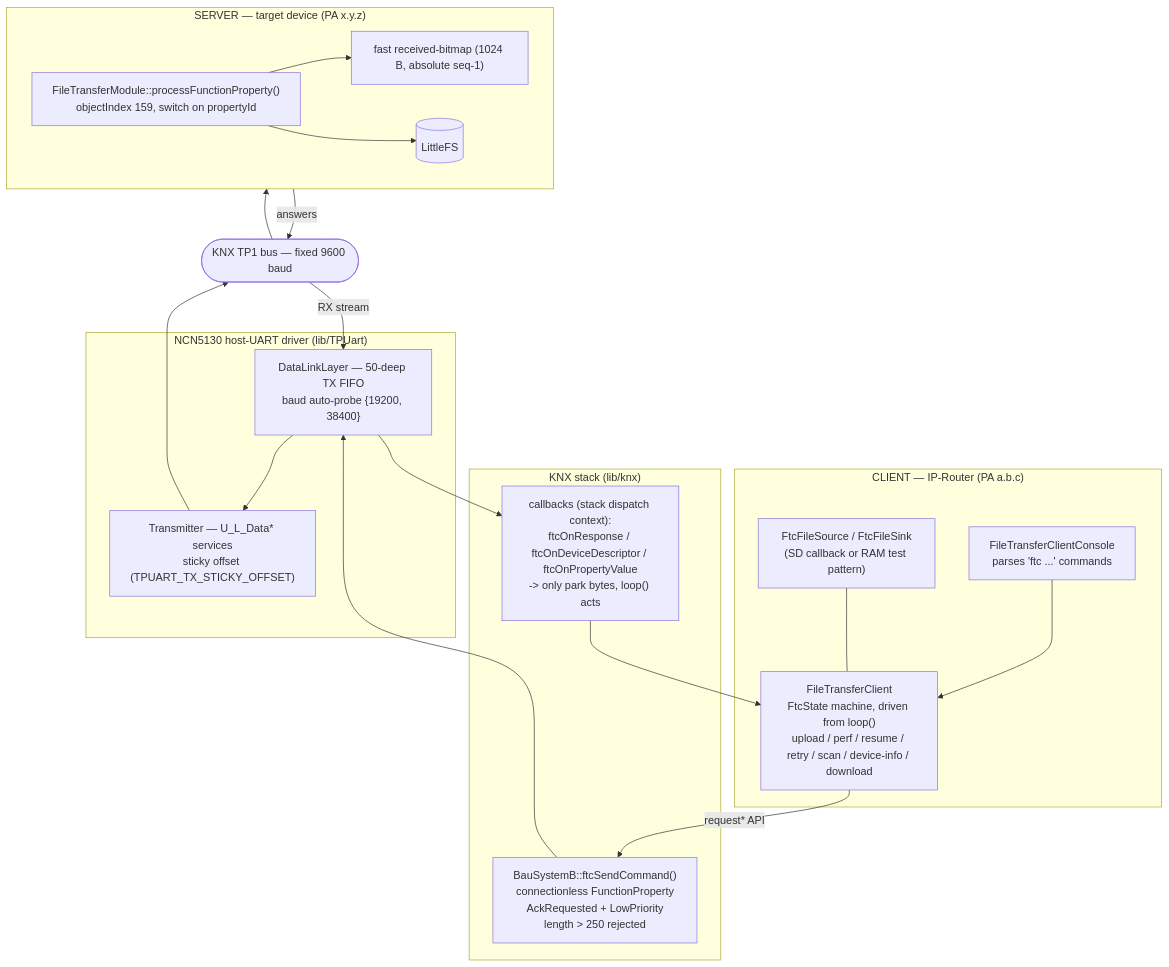
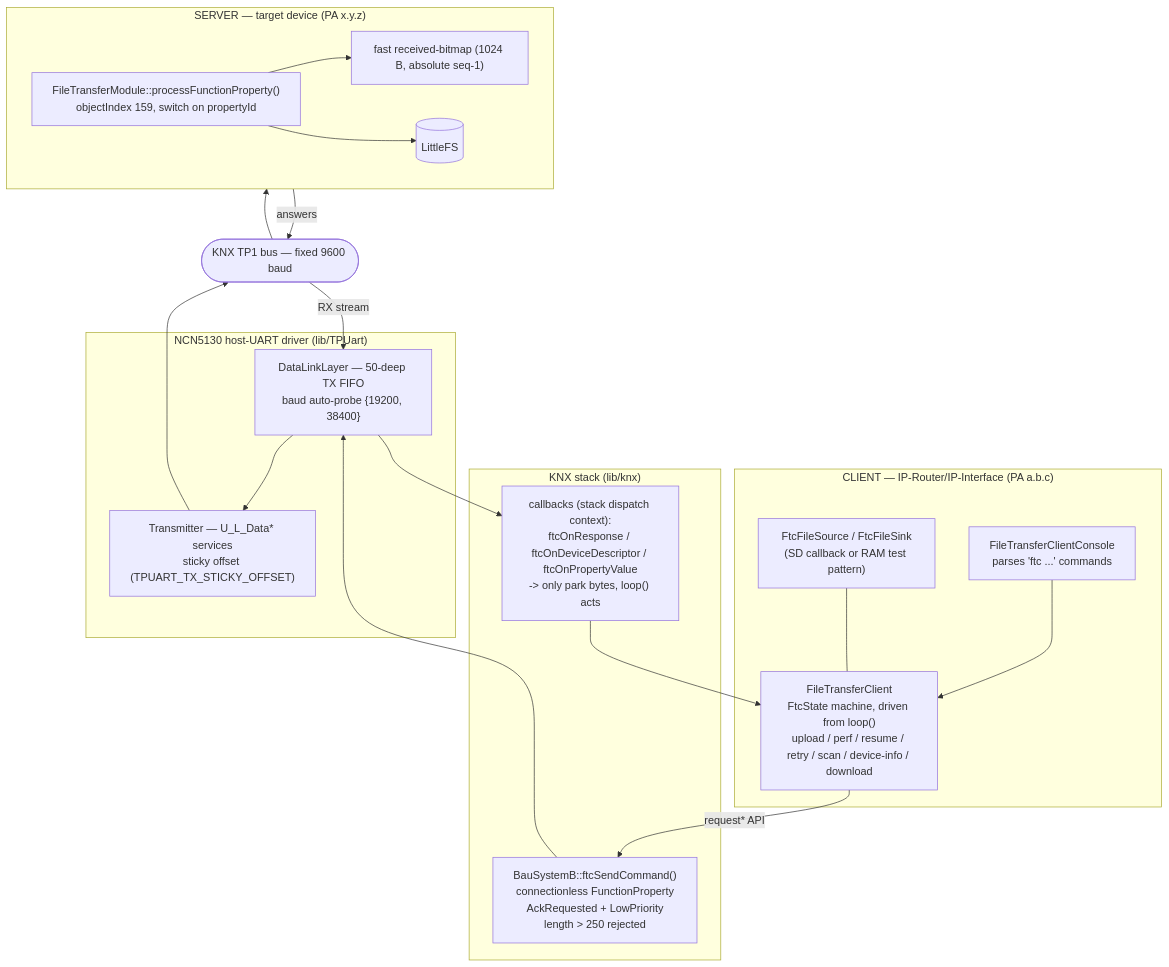
One commit to OpenKNX/OFM-FileTransferModule changed the first of 2 diagrams in README_FTC.md. Above: the diagram before and after it, drawn with Mermaid. The commit also changed other lines of this file, not shown here.

Commit message:
Update - Documentation for IP-Interface

````diff
--- a/README_FTC.md
+++ b/README_FTC.md
@@ -81,30 +81,30 @@
 ```mermaid
 flowchart TD
-    subgraph CLIENT["CLIENT — IP-Router (PA a.b.c)"]
+    subgraph CLIENT["CLIENT — IP-Router/IP-Interface (PA a.b.c)"]
         CON["FileTransferClientConsole<br/>parses 'ftc ...' commands"]
         FSM["FileTransferClient<br/>FtcState machine, driven from loop()<br/>upload / perf / resume / retry / scan / device-info / download"]
         SRC["FtcFileSource / FtcFileSink<br/>(SD callback or RAM test pattern)"]
         CON --> FSM
         SRC --- FSM
     end
     subgraph BAU["KNX stack (lib/knx)"]
         TX["BauSystemB::ftcSendCommand()<br/>connectionless FunctionProperty<br/>AckRequested + LowPriority<br/>length &gt; 250 rejected"]
         CB["callbacks (stack dispatch context):<br/>ftcOnResponse / ftcOnDeviceDescriptor / ftcOnPropertyValue<br/>-> only park bytes, loop() acts"]
     end
     subgraph WIRE["NCN5130 host-UART driver (lib/TPUart)"]
         DLL["DataLinkLayer — 50-deep TX FIFO<br/>baud auto-probe {19200, 38400}"]
         TR["Transmitter — U_L_Data* services<br/>sticky offset (TPUART_TX_STICKY_OFFSET)"]
     end
     TP(["KNX TP1 bus — fixed 9600 baud"])
     subgraph SERVER["SERVER — target device (PA x.y.z)"]
         DISP["FileTransferModule::processFunctionProperty()<br/>objectIndex 159, switch on propertyId"]
         BMP["fast received-bitmap (1024 B, absolute seq-1)"]
         LFS[("LittleFS")]
         DISP --> BMP
         DISP --> LFS
     end
 
     FSM -->|"request* API"| TX
     TX --> DLL --> TR --> TP --> SERVER
     SERVER -->|answers| TP -->|RX stream| DLL --> CB --> FSM
 ```
````
